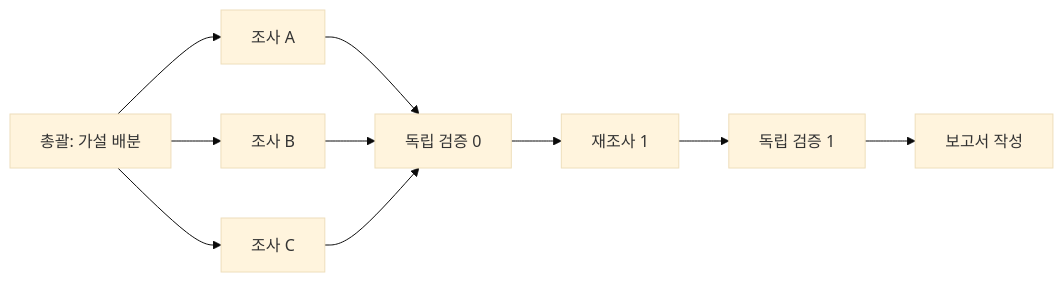
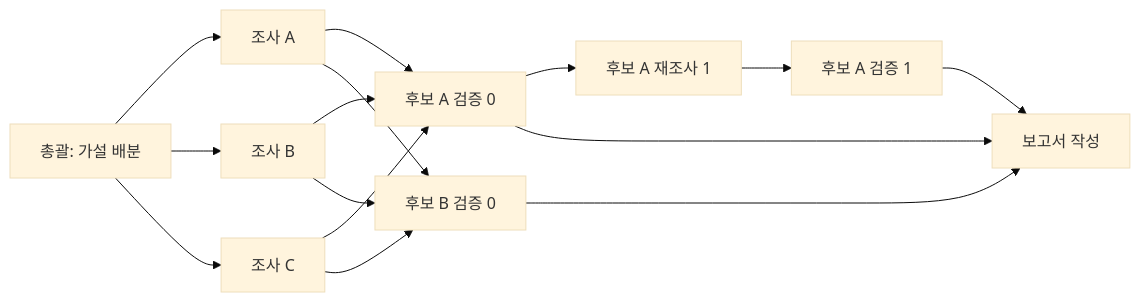
One commit to 26axtival-catchcatch/catch-catch changed the diagram in docs/agent-activity-handoff.md. Above: the diagram before and after it, drawn with Mermaid (base theme). The commit also changed other lines of this file and 5 other files, not shown here.

````diff
--- a/docs/agent-activity-handoff.md
+++ b/docs/agent-activity-handoff.md
@@ -24,12 +24,11 @@
 ```mermaid
 flowchart LR
   C[총괄: 가설 배분] --> I1[조사 A]
   C --> I2[조사 B]
   C --> I3[조사 C]
-  I1 --> V0[독립 검증 0]
-  I2 --> V0
-  I3 --> V0
-  V0 --> R1[재조사 1]
-  R1 --> V1[독립 검증 1]
-  V1 --> O[보고서 작성]
+  I1 & I2 & I3 --> VA[후보 A 검증 0]
+  I1 & I2 & I3 --> VB[후보 B 검증 0]
+  VA --> R1[후보 A 재조사 1]
+  R1 --> VA1[후보 A 검증 1]
+  VA & VB & VA1 --> O[보고서 작성]
 ```
````
